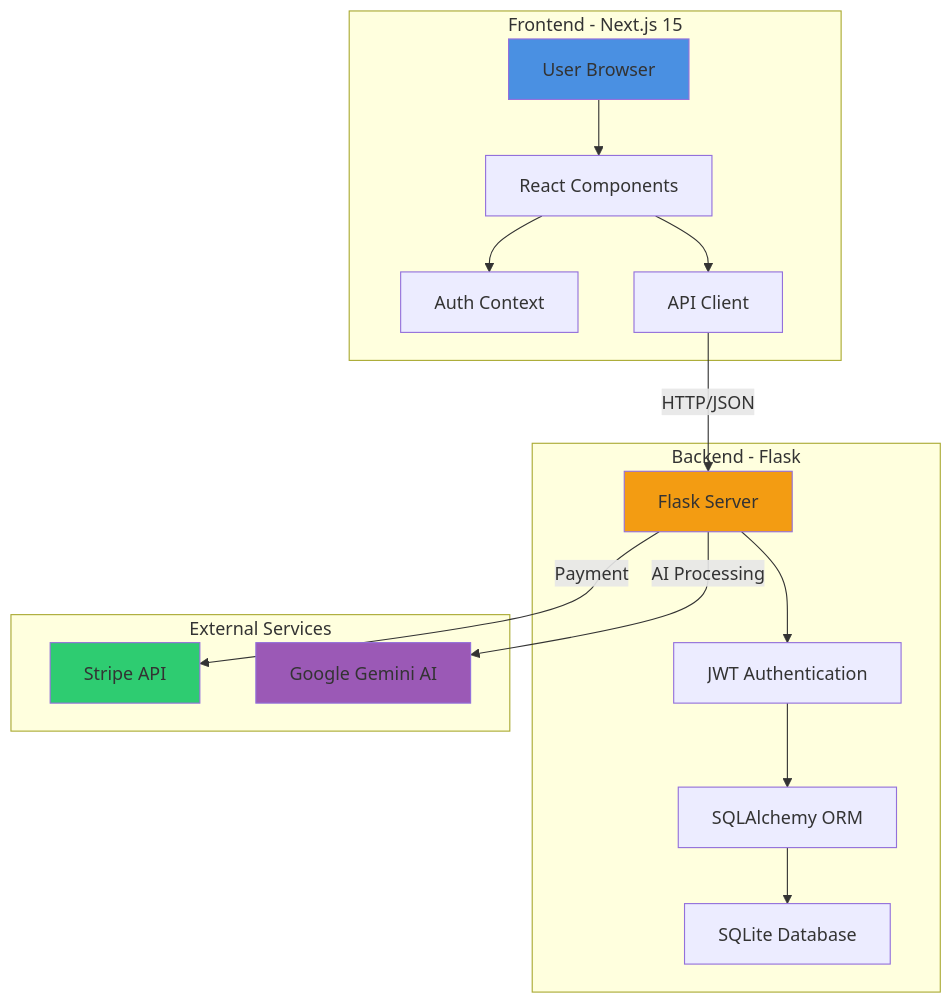
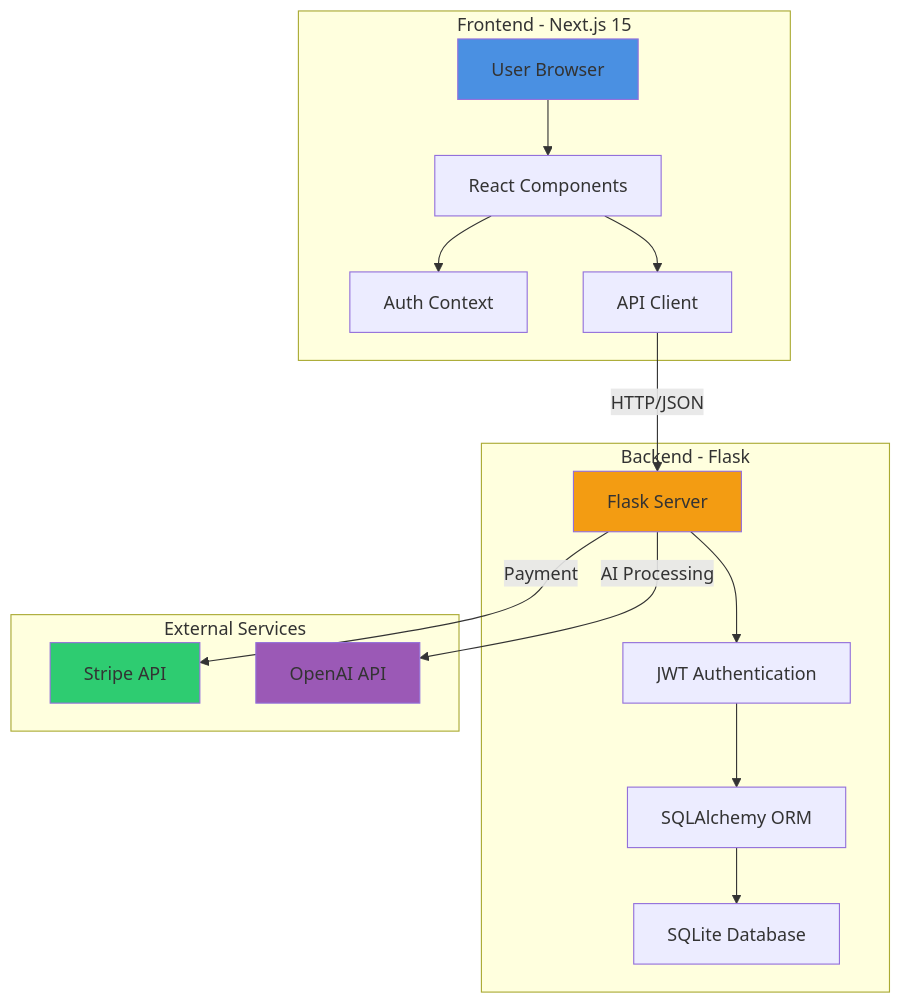
One commit to DeepthiIppala/SmartScan-Pro changed the first of 10 diagrams in ARCHITECTURE.md. Above: the diagram before and after it, drawn with Mermaid. The commit also changed other lines of this file and 8 other files, not shown here.

````diff
--- a/ARCHITECTURE.md
+++ b/ARCHITECTURE.md
@@ -20,36 +20,36 @@
 ```mermaid
 graph TB
     subgraph "Frontend - Next.js 15"
         A[User Browser]
         B[React Components]
         C[Auth Context]
         D[API Client]
     end
 
     subgraph "Backend - Flask"
         E[Flask Server]
         F[JWT Authentication]
         G[SQLAlchemy ORM]
         H[SQLite Database]
     end
 
     subgraph "External Services"
         I[Stripe API]
-        J[Google Gemini AI]
+        J[OpenAI API]
     end
 
     A --> B
     B --> C
     B --> D
     D -->|HTTP/JSON| E
     E --> F
     F --> G
     G --> H
     E -->|Payment| I
     E -->|AI Processing| J
 
     style A fill:#4a90e2
     style E fill:#f39c12
     style I fill:#2ecc71
     style J fill:#9b59b6
 ```
````
